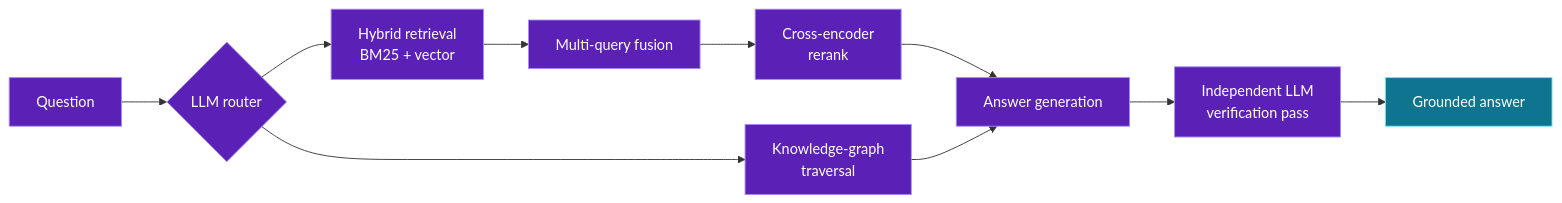
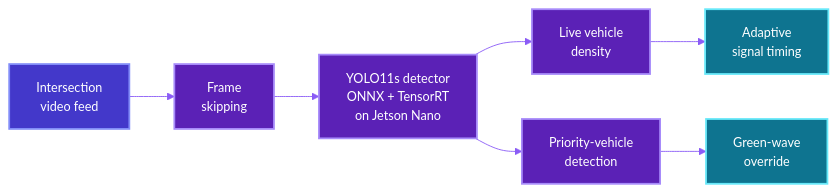
One commit to Harjotsingh0311/Harjotsingh0311 changed the fifth of 5 diagrams in README.md. Above: the diagram before and after it, drawn with Mermaid. The commit also changed other lines of this file, not shown here.

````diff
--- a/README.md
+++ b/README.md
@@ -218,15 +290,17 @@
 ```mermaid
+%%{init: {"theme": "base", "themeVariables": {"fontFamily": "ui-monospace, SFMono-Regular, Menlo, monospace", "fontSize": "14px", "primaryColor": "#5b21b6", "primaryTextColor": "#ffffff", "primaryBorderColor": "#a78bfa", "lineColor": "#8b5cf6", "textColor": "#ffffff", "titleColor": "#ffffff", "nodeTextColor": "#ffffff", "tertiaryTextColor": "#ffffff", "clusterBkg": "#1e1b4b", "clusterBorder": "#6d28d9", "edgeLabelBackground": "#312e81"}}}%%
 flowchart LR
-    Q["Question"] --> R{"LLM router"}
-    R --> H["Hybrid retrieval<br/>BM25 + vector"]
-    R --> K["Knowledge-graph<br/>traversal"]
-    H --> X["Multi-query fusion"] --> RR["Cross-encoder<br/>rerank"]
-    RR --> G["Answer generation"]
-    K --> G
-    G --> V["Independent LLM<br/>verification pass"] --> A["Grounded answer"]
+    CAM["Intersection<br/>video feed"] --> FS["Frame<br/>skipping"]
+    FS --> DET["YOLO11s detector<br/>ONNX + TensorRT<br/>on Jetson Nano"]
+    DET --> DEN["Live vehicle<br/>density"]
+    DET --> PRI["Priority-vehicle<br/>detection"]
+    DEN --> SIG["Adaptive<br/>signal timing"]
+    PRI --> GW["Green-wave<br/>override"]
 
-    classDef node fill:#5b21b6,stroke:#a78bfa,color:#ffffff;
-    classDef out fill:#0e7490,stroke:#67e8f9,color:#ffffff;
-    class R,H,K,X,RR,G,V node;
-    class A out;
+    classDef input fill:#4338ca,stroke:#818cf8,stroke-width:2px,color:#ffffff
+    classDef step fill:#5b21b6,stroke:#a78bfa,stroke-width:2px,color:#ffffff
+    classDef result fill:#0e7490,stroke:#67e8f9,stroke-width:2px,color:#ffffff
+    class CAM input
+    class FS,DET,DEN,PRI step
+    class SIG,GW result
 ```
````
